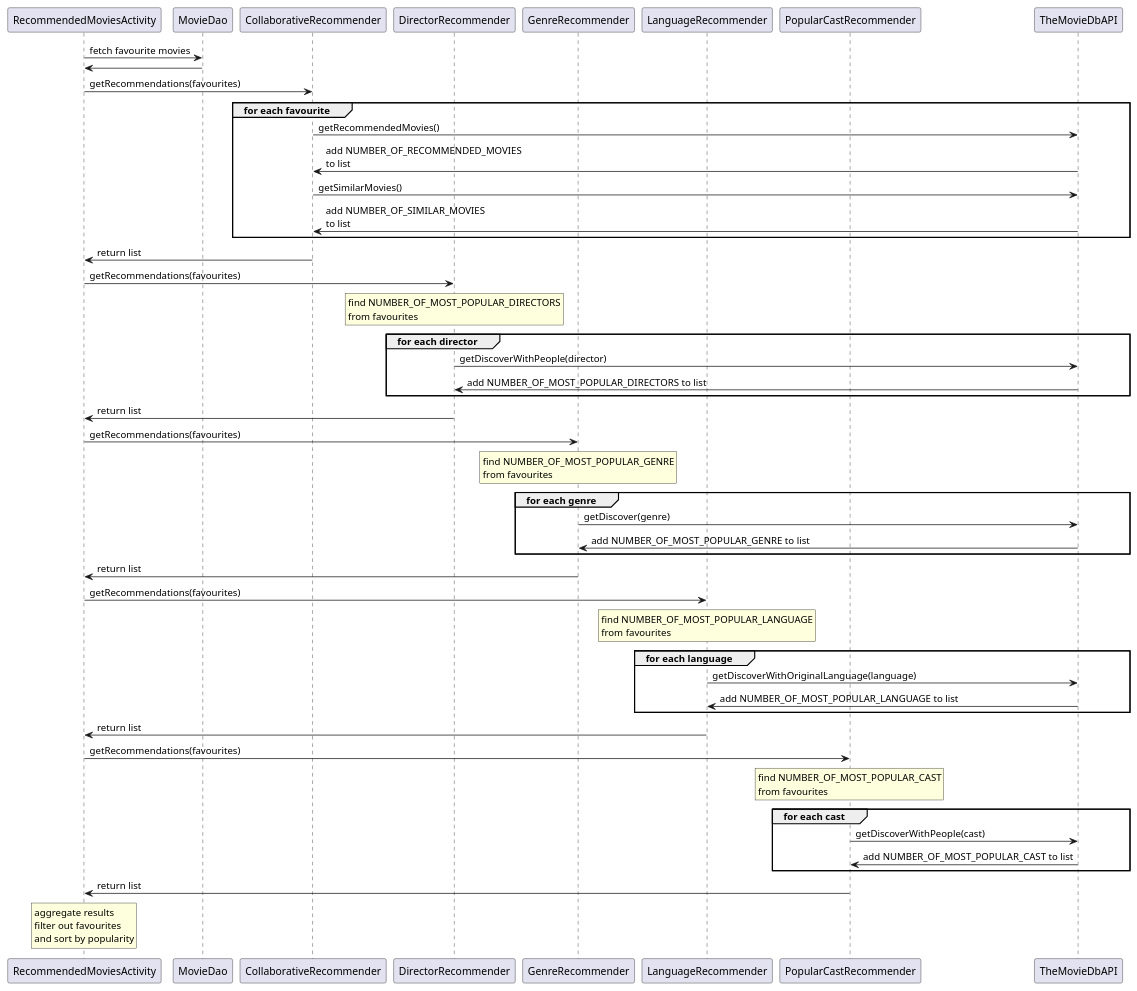
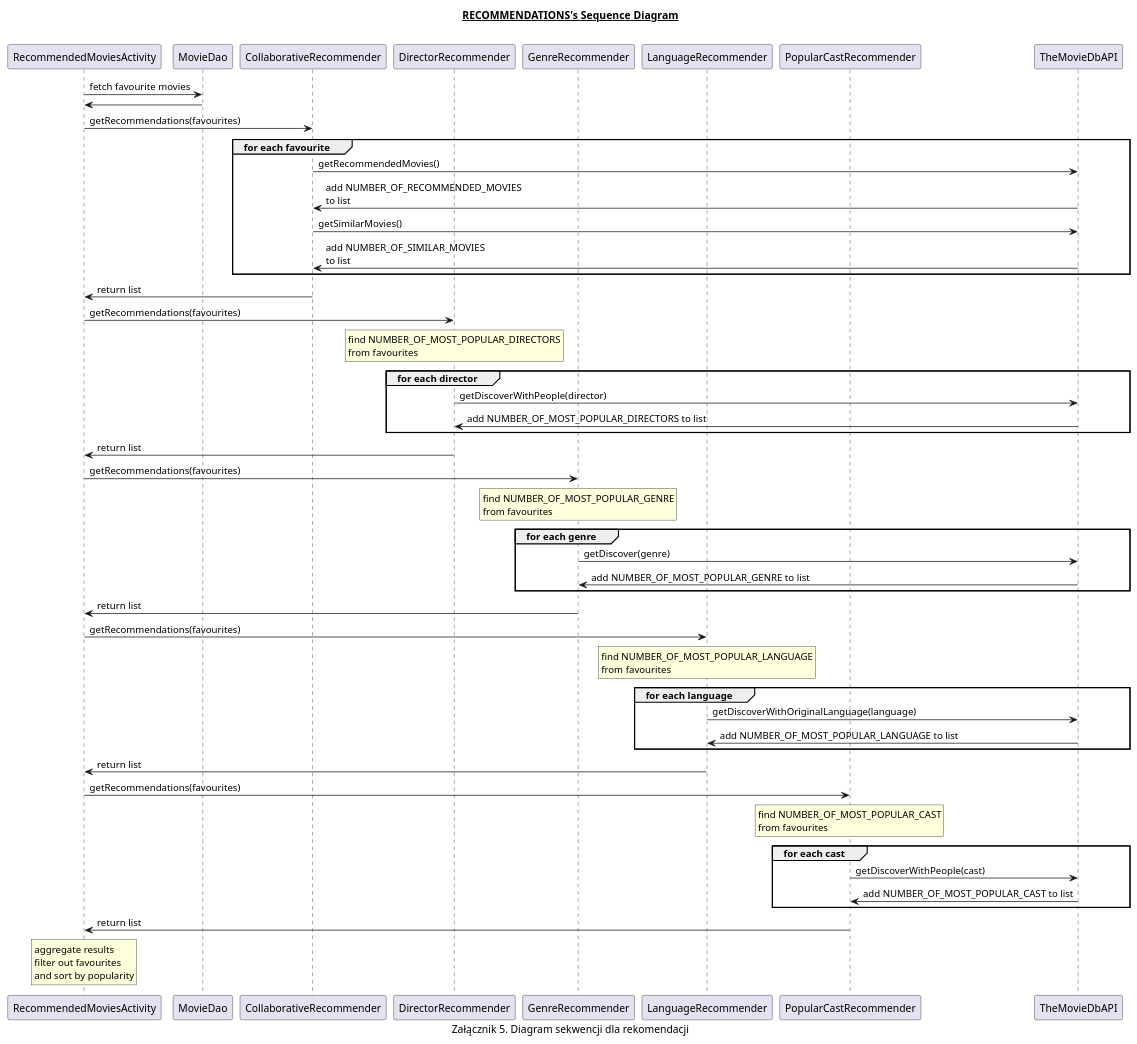
Before and after one commit to jedraas/movies-app: the diagram in app/src/main/java/com/jedras/filmy/diagrams/recommendations_SequenceDiagram.puml, drawn with PlantUML. The commit also changed 4 other files, not shown here.

Commit message:
Update diagrams

```diff
--- a/app/src/main/java/com/jedras/filmy/diagrams/recommendations_SequenceDiagram.puml
+++ b/app/src/main/java/com/jedras/filmy/diagrams/recommendations_SequenceDiagram.puml
@@ -1,57 +1,62 @@
 @startuml
+
+title __RECOMMENDATIONS's Sequence Diagram__\n
+
+caption Załącznik 5. Diagram sekwencji dla rekomendacji
+
 participant RecommendedMoviesActivity
 participant MovieDao
 participant CollaborativeRecommender
 participant DirectorRecommender
 participant GenreRecommender
 participant LanguageRecommender
 participant PopularCastRecommender
 
 
 RecommendedMoviesActivity -> MovieDao: fetch favourite movies
 RecommendedMoviesActivity <- MovieDao:
 
 RecommendedMoviesActivity -> CollaborativeRecommender: getRecommendations(favourites)
 group for each favourite
 CollaborativeRecommender -> TheMovieDbAPI: getRecommendedMovies()
 TheMovieDbAPI -> CollaborativeRecommender: add NUMBER_OF_RECOMMENDED_MOVIES\nto list
 CollaborativeRecommender -> TheMovieDbAPI: getSimilarMovies()
 TheMovieDbAPI -> CollaborativeRecommender: add NUMBER_OF_SIMILAR_MOVIES\nto list
 end
 CollaborativeRecommender -> RecommendedMoviesActivity: return list
 
 RecommendedMoviesActivity -> DirectorRecommender: getRecommendations(favourites)
 rnote over DirectorRecommender: find NUMBER_OF_MOST_POPULAR_DIRECTORS\nfrom favourites
 group for each director
 DirectorRecommender -> TheMovieDbAPI: getDiscoverWithPeople(director)
 TheMovieDbAPI -> DirectorRecommender: add NUMBER_OF_MOST_POPULAR_DIRECTORS to list
 end
 DirectorRecommender -> RecommendedMoviesActivity: return list
 
 RecommendedMoviesActivity -> GenreRecommender: getRecommendations(favourites)
 rnote over GenreRecommender: find NUMBER_OF_MOST_POPULAR_GENRE\nfrom favourites
 group for each genre
 GenreRecommender -> TheMovieDbAPI: getDiscover(genre)
 TheMovieDbAPI -> GenreRecommender: add NUMBER_OF_MOST_POPULAR_GENRE to list
 end
 GenreRecommender -> RecommendedMoviesActivity: return list
 
 RecommendedMoviesActivity -> LanguageRecommender: getRecommendations(favourites)
 rnote over LanguageRecommender: find NUMBER_OF_MOST_POPULAR_LANGUAGE\nfrom favourites
 group for each language
 LanguageRecommender -> TheMovieDbAPI: getDiscoverWithOriginalLanguage(language)
 TheMovieDbAPI -> LanguageRecommender: add NUMBER_OF_MOST_POPULAR_LANGUAGE to list
 end
 LanguageRecommender -> RecommendedMoviesActivity: return list
 
 RecommendedMoviesActivity -> PopularCastRecommender: getRecommendations(favourites)
 rnote over PopularCastRecommender: find NUMBER_OF_MOST_POPULAR_CAST\nfrom favourites
 group for each cast
 PopularCastRecommender -> TheMovieDbAPI: getDiscoverWithPeople(cast)
 TheMovieDbAPI -> PopularCastRecommender: add NUMBER_OF_MOST_POPULAR_CAST to list
 end
 PopularCastRecommender -> RecommendedMoviesActivity: return list
 
 rnote over RecommendedMoviesActivity: aggregate results\nfilter out favourites\nand sort by popularity
 
 @enduml
```
